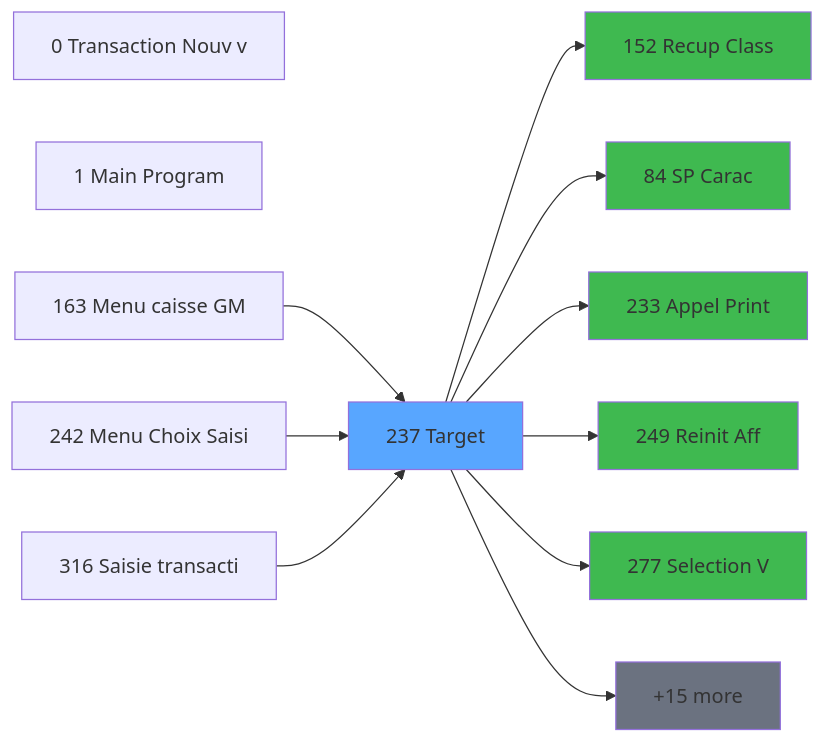
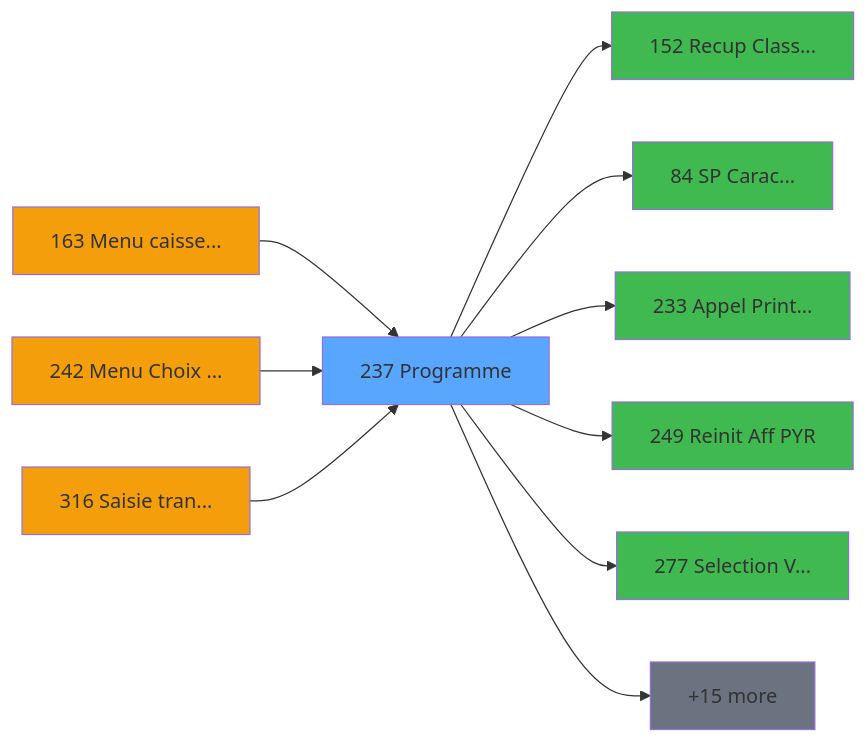
One commit to thonyAGP/lecteur-magic changed the second of 2 diagrams in .openspec/specs/ADH-IDE-237.md. Above: the diagram before and after it, drawn with Mermaid. The commit also changed other lines of this file and 2 other files, not shown here.

````diff
--- a/.openspec/specs/ADH-IDE-237.md
+++ b/.openspec/specs/ADH-IDE-237.md
@@ -263,33 +293,32 @@
 ```mermaid
 graph LR
-    T237[237 Target]
+    T237[237 Programme]
     style T237 fill:#58a6ff
-    N0[0 Transaction Nouv v]
-    N0[0 Transaction Nouv v]
-    N0[0 Transaction Nouv v]
-    N1[1 Main Program]
-    N163[163 Menu caisse GM  ]
-    N163 --> T237
-    N242[242 Menu Choix Saisi]
-    N242 --> T237
-    N316[316 Saisie transacti]
-    N316 --> T237
-    C152[152 Recup Class]
-    T237 --> C152
-    style C152 fill:#3fb950
-    C84[84     SP Carac]
-    T237 --> C84
-    style C84 fill:#3fb950
-    C233[233 Appel Print]
-    T237 --> C233
-    style C233 fill:#3fb950
-    C249[249 Reinit Aff ]
-    T237 --> C249
-    style C249 fill:#3fb950
-    C277[277 Selection V]
-    T237 --> C277
-    style C277 fill:#3fb950
+    CALLER163[163 Menu caisse...]
+    CALLER163 --> T237
+    style CALLER163 fill:#f59e0b
+    CALLER242[242 Menu Choix ...]
+    CALLER242 --> T237
+    style CALLER242 fill:#f59e0b
+    CALLER316[316 Saisie tran...]
+    CALLER316 --> T237
+    style CALLER316 fill:#f59e0b
+    CALLEE152[152 Recup Class...]
+    T237 --> CALLEE152
+    style CALLEE152 fill:#3fb950
+    CALLEE84[84     SP Carac...]
+    T237 --> CALLEE84
+    style CALLEE84 fill:#3fb950
+    CALLEE233[233 Appel Print...]
+    T237 --> CALLEE233
+    style CALLEE233 fill:#3fb950
+    CALLEE249[249 Reinit Aff PYR]
+    T237 --> CALLEE249
+    style CALLEE249 fill:#3fb950
+    CALLEE277[277 Selection V...]
+    T237 --> CALLEE277
+    style CALLEE277 fill:#3fb950
     MORE[+15 more]
     T237 --> MORE
     style MORE fill:#6b7280
 ```
````
